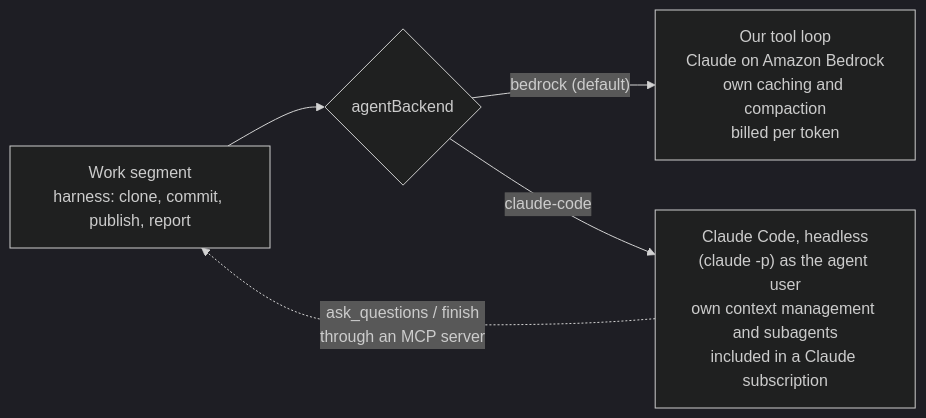
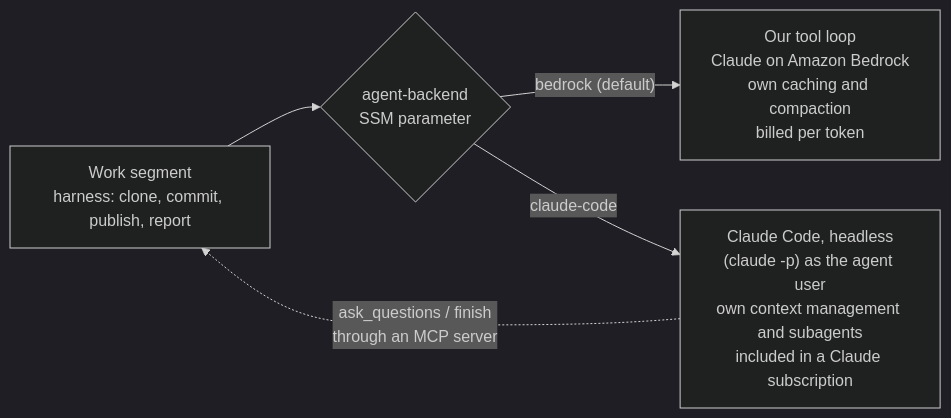
The seventh of 8 diagrams in README.md (mbonig/ai-developer-agent), drawn with Mermaid (dark theme) before and after one commit. The commit also changed other lines of this file and 11 other files, not shown here.

First line of the commit message:
Choose the model backend with an SSM parameter instead of CDK context (#12)

````diff
--- a/README.md
+++ b/README.md
@@ -244,7 +244,7 @@
 ```mermaid
 flowchart LR
-    SEG[Work segment<br/>harness: clone, commit, publish, report] --> B{agentBackend}
+    SEG[Work segment<br/>harness: clone, commit, publish, report] --> B{agent-backend<br/>SSM parameter}
     B -->|"bedrock (default)"| BR["Our tool loop<br/>Claude on Amazon Bedrock<br/>own caching and compaction<br/>billed per token"]
     B -->|claude-code| CC["Claude Code, headless<br/>(claude -p) as the agent user<br/>own context management and subagents<br/>included in a Claude subscription"]
     CC -. "ask_questions / finish<br/>through an MCP server" .-> SEG
 ```
````
